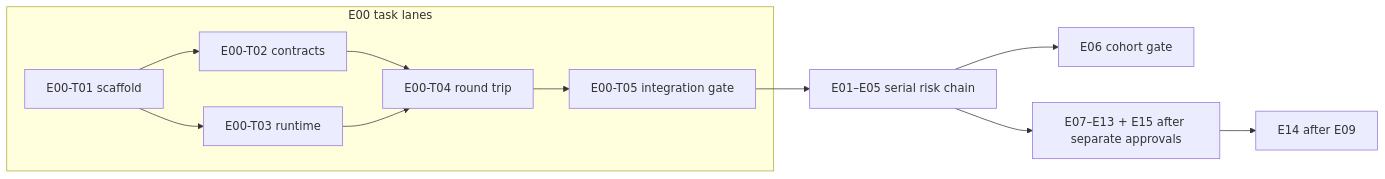
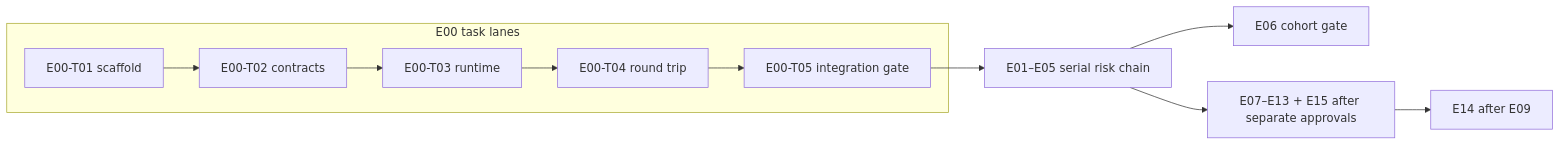
The second of 2 diagrams in workspace/plan/04-dev/dev-plan.md (nuhin13/Workflow), drawn with Mermaid before and after one commit. The commit also changed other lines of this file and 8 other files, not shown here.

Commit message:
docs(dev-plan): clarify E00 task dependencies and update integration flow

````diff
--- a/workspace/plan/04-dev/dev-plan.md
+++ b/workspace/plan/04-dev/dev-plan.md
@@ -108,14 +109,13 @@
 ```mermaid
 flowchart LR
   subgraph E00Tasks[E00 task lanes]
     T01[E00-T01 scaffold] --> T02[E00-T02 contracts]
-    T01 --> T03[E00-T03 runtime]
-    T02 --> T04[E00-T04 round trip]
-    T03 --> T04
+    T02 --> T03[E00-T03 runtime]
+    T03 --> T04[E00-T04 round trip]
     T04 --> T05[E00-T05 integration gate]
   end
   T05 --> MVP[E01–E05 serial risk chain]
   MVP --> Cohort[E06 cohort gate]
   MVP --> Future[E07–E13 + E15 after separate approvals]
   Future --> E14[E14 after E09]
 ```
````
